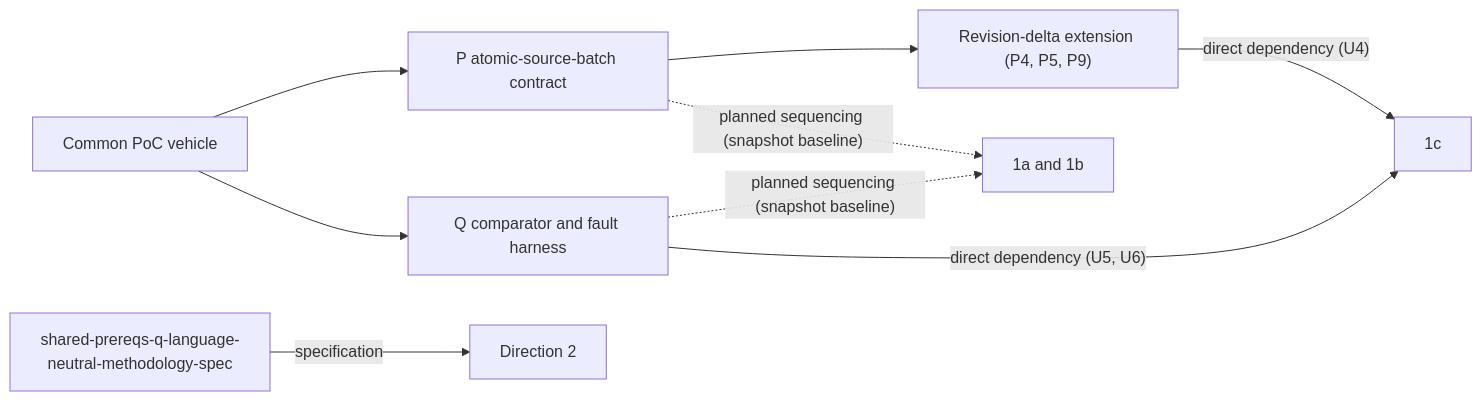
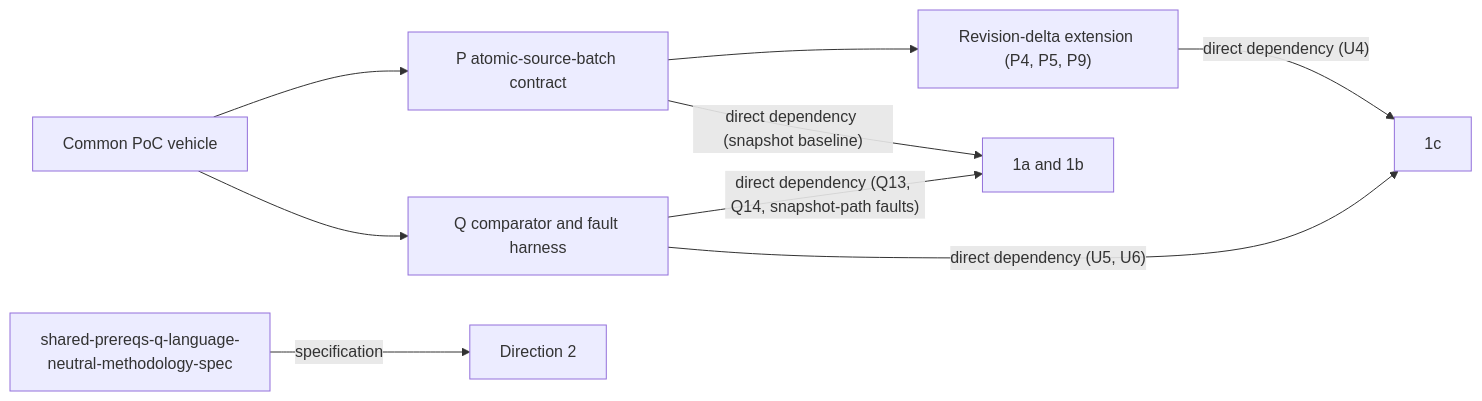
One commit to billf/convex-backend changed the first of 2 diagrams in docs/plans/2026-09-11-1159-feat-skip-shared-prerequisites-plan.md. Above: the diagram before and after it, drawn with Mermaid. The commit also changed other lines of this file and 2 other files, not shown here.

First line of the commit message:
Adopt P snapshot baseline and Q in 1a and 1b

````diff
--- a/docs/plans/2026-09-11-1159-feat-skip-shared-prerequisites-plan.md
+++ b/docs/plans/2026-09-11-1159-feat-skip-shared-prerequisites-plan.md
@@ -118,11 +119,11 @@
 ```mermaid
 flowchart LR
   vehicle["Common PoC vehicle"] --> p["P atomic-source-batch contract"]
   vehicle --> q["Q comparator and fault harness"]
   p --> p9["Revision-delta extension (P4, P5, P9)"]
-  p -. "planned sequencing (snapshot baseline)" .-> clients["1a and 1b"]
-  q -. "planned sequencing (snapshot baseline)" .-> clients
+  p -->|"direct dependency (snapshot baseline)"| clients["1a and 1b"]
+  q -->|"direct dependency (Q13, Q14, snapshot-path faults)"| clients
   p9 -->|"direct dependency (U4)"| oneC["1c"]
   q -->|"direct dependency (U5, U6)"| oneC
   q12["shared-prereqs-q-language-neutral-methodology-spec"] -->|"specification"| two["Direction 2"]
 ```
````
